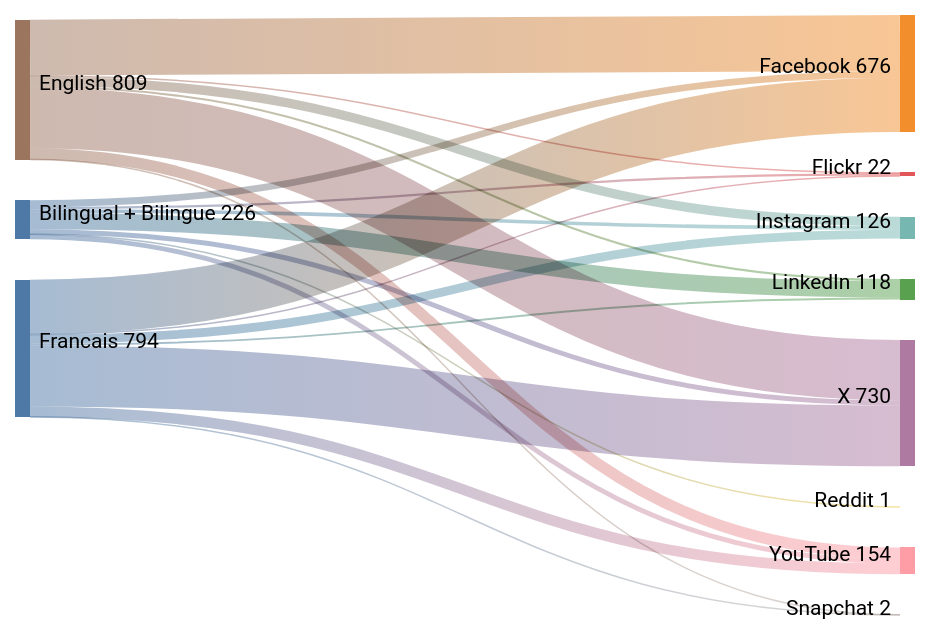
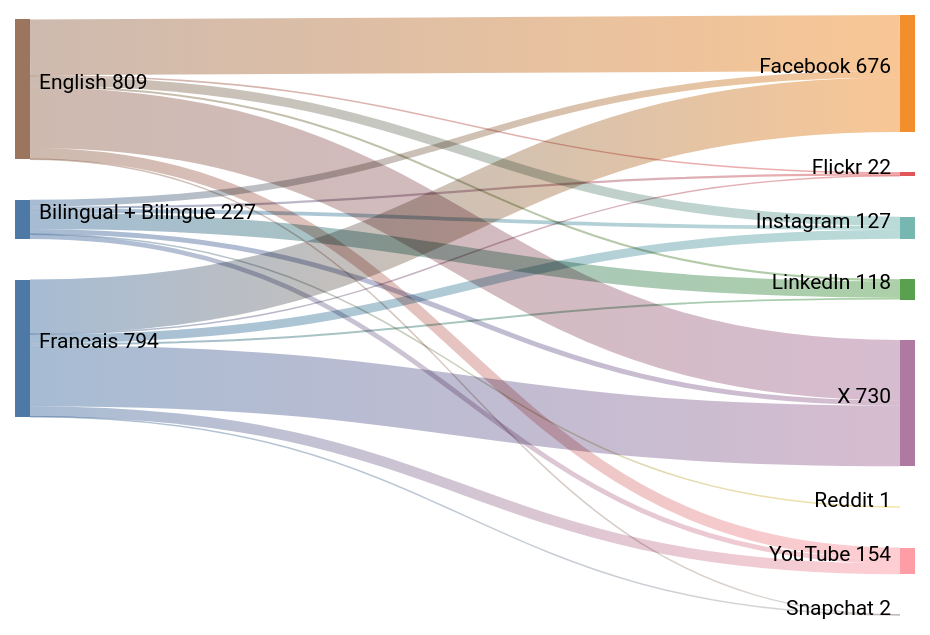
The diagram in sankey_diagram.md (PatLittle/GC-Socials), drawn with Mermaid (forest theme) before and after one commit.

Commit message:
Update Sankey diagram for the most recent day

````diff
--- a/sankey_diagram.md
+++ b/sankey_diagram.md
@@ -1,24 +1,24 @@
 ```mermaid
 sankey-beta
   Bilingual + Bilingue,Facebook,39
   Bilingual + Bilingue,Flickr,13
-  Bilingual + Bilingue,Instagram,21
+  Bilingual + Bilingue,Instagram,22
   Bilingual + Bilingue,LinkedIn,95
   Bilingual + Bilingue,Reddit,1
   Bilingual + Bilingue,X,29
   Bilingual + Bilingue,YouTube,28
   English,Facebook,323
   English,Flickr,5
   English,Instagram,54
   English,LinkedIn,12
   English,Snapchat,1
   English,X,349
   English,YouTube,65
   Francais,Facebook,314
   Francais,Flickr,4
   Francais,Instagram,51
   Francais,LinkedIn,11
   Francais,Snapchat,1
   Francais,X,352
   Francais,YouTube,61
 ```
````
